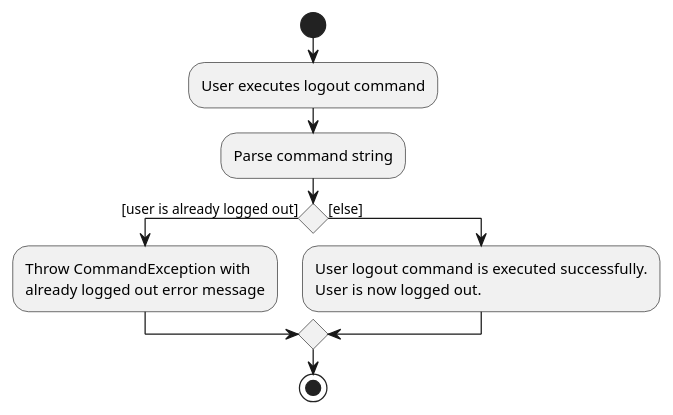
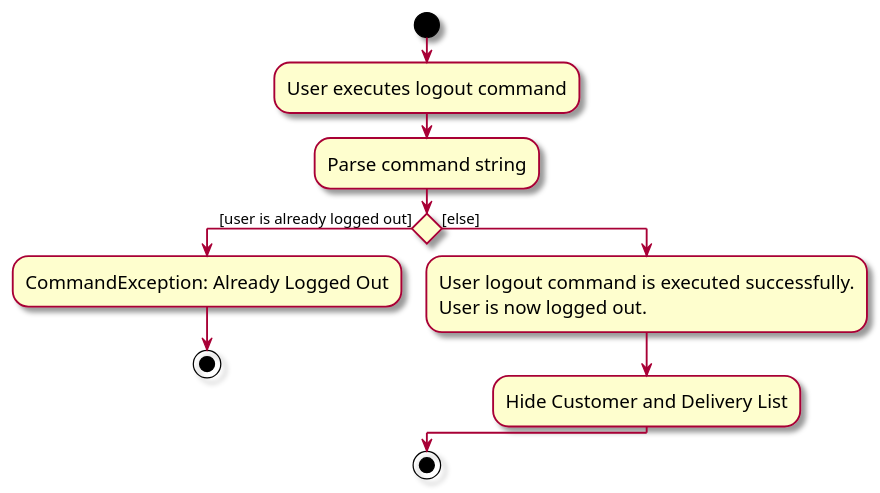
The diagram in docs/diagrams/UserLogoutActivityDiagram.puml (zhonghan721/tp), drawn with PlantUML before and after one commit. The commit also changed 3 other files, not shown here.

Commit message:
Update diagrams for login and logout

```diff
--- a/docs/diagrams/UserLogoutActivityDiagram.puml
+++ b/docs/diagrams/UserLogoutActivityDiagram.puml
@@ -1,16 +1,20 @@
 @startuml
+skin rose
+skinparam ActivityFontSize 15
+skinparam ArrowFontSize 12
 !pragma useVerticalIf on
 start
 :User executes logout command;
 :Parse command string;
 
 if () then ([user is already logged out])
-    :Throw CommandException with
-    already logged out error message;
+    :CommandException: Already Logged Out;
+    stop
 else ([else])
     :User logout command is executed successfully.
     User is now logged out.;
+    :Hide Customer and Delivery List;
 endif
 
 stop
 @enduml
```
